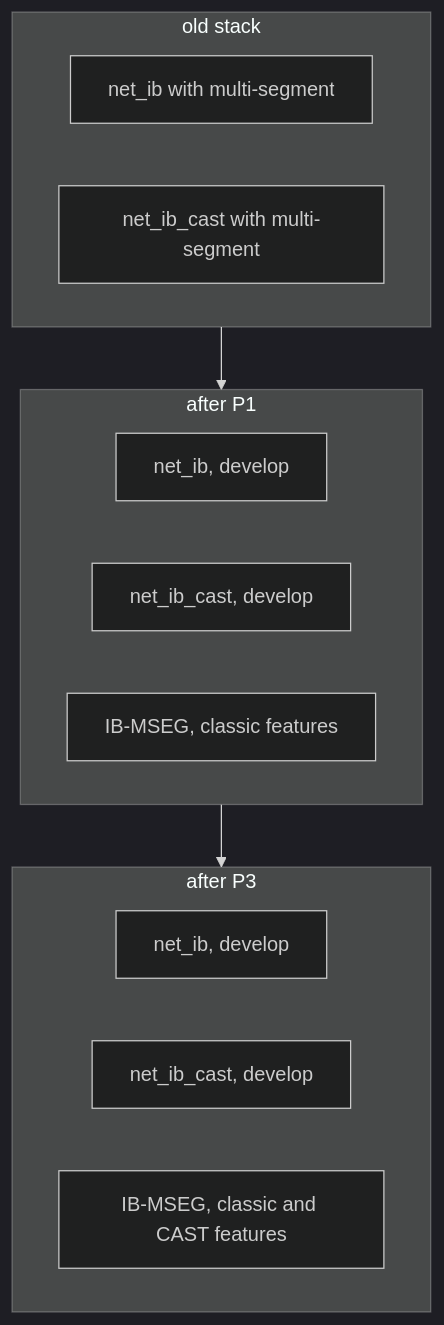
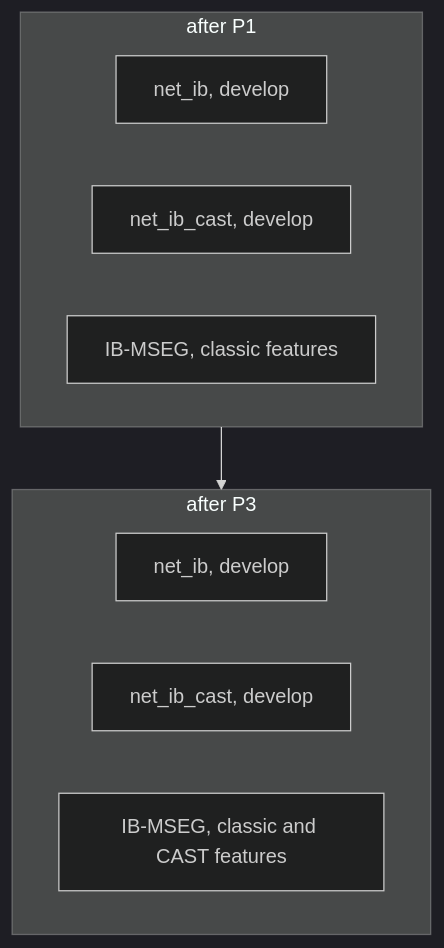
The fifth of 7 diagrams in projects/rccl/docs/design/multi_segment_fork_plugin.md (ROCm/rocm-systems), drawn with Mermaid (dark theme) before and after one commit. The commit also changed other lines of this file and 16 other files, not shown here.

First line of the commit message:
docs: describe the IB-MSEG fork stack and drop the superseded history docs

````diff
--- a/projects/rccl/docs/design/multi_segment_fork_plugin.md
+++ b/projects/rccl/docs/design/multi_segment_fork_plugin.md
@@ -209,20 +195,15 @@
 ```mermaid
-%% caption: From two edited transports to one plugin
+%% caption: From develop plus IB-MSEG to one plugin
 flowchart TD
- subgraph now["old stack"]
- ib5["net_ib with multi-segment"]
- cast5["net_ib_cast with multi-segment"]
- end
  subgraph p1s["after P1"]
  ib1["net_ib, develop"]
  cast1["net_ib_cast, develop"]
  m1["IB-MSEG, classic features"]
  end
  subgraph p3s["after P3"]
  ib3["net_ib, develop"]
  cast3["net_ib_cast, develop"]
  m3["IB-MSEG, classic and CAST features"]
  end
- now --> p1s
  p1s --> p3s
 ```
````
